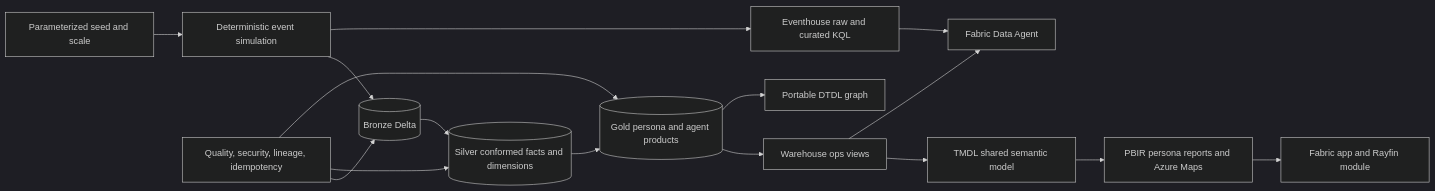
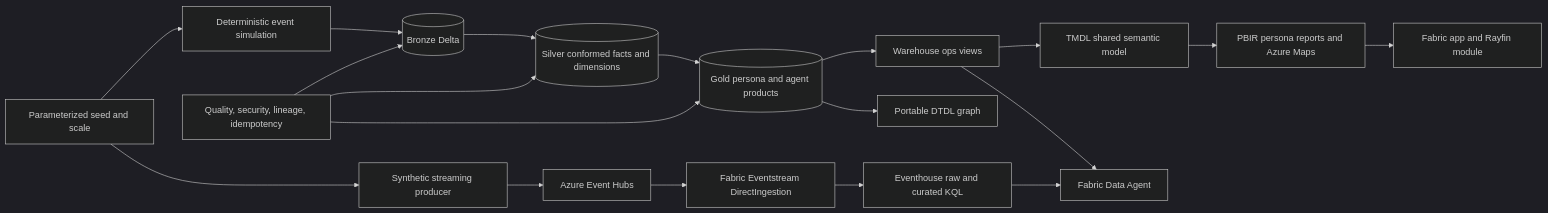
Before and after one commit to thpickl/airport-ops-mvp: the diagram in README.md, drawn with Mermaid (dark theme). The commit also changed other lines of this file and 215 other files, not shown here.

````diff
--- a/README.md
+++ b/README.md
@@ -11,18 +11,21 @@
 ```mermaid
 flowchart LR
     Config[Parameterized seed and scale] --> Sim[Deterministic event simulation]
     Sim --> Bronze[(Bronze Delta)]
     Bronze --> Silver[(Silver conformed facts and dimensions)]
     Silver --> Gold[(Gold persona and agent products)]
     Gold --> WH[Warehouse ops views]
-    Sim --> EH[Eventhouse raw and curated KQL]
+    Config --> Prod[Synthetic streaming producer]
+    Prod --> Hubs[Azure Event Hubs]
+    Hubs --> ES[Fabric Eventstream DirectIngestion]
+    ES --> EH[Eventhouse raw and curated KQL]
     WH --> Model[TMDL shared semantic model]
     EH --> Agent[Fabric Data Agent]
     WH --> Agent
     Model --> Reports[PBIR persona reports and Azure Maps]
     Reports --> App[Fabric app and Rayfin module]
     Gold --> Twin[Portable DTDL graph]
     Validate[Quality, security, lineage, idempotency] --> Bronze
     Validate --> Silver
     Validate --> Gold
 ```
````
